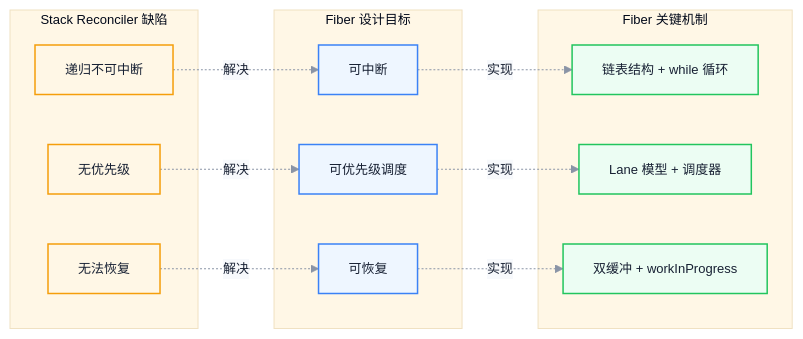
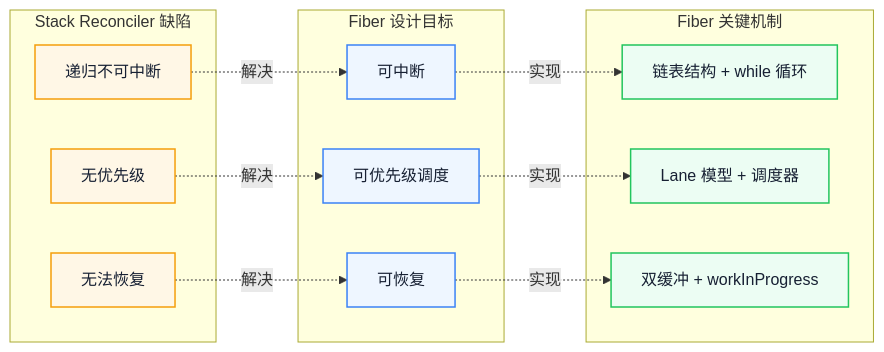
Before and after one commit to Fatejian/frontier-vault: the first of 7 diagrams in docs/frameworks/react-fiber.md, drawn with Mermaid. The commit also changed other lines of this file and 41 other files, not shown here.

````diff
--- a/docs/frameworks/react-fiber.md
+++ b/docs/frameworks/react-fiber.md
@@ -127,33 +103,32 @@
 ```mermaid
-%%{init: {'theme': 'base', 'themeVariables': { 'fontFamily': 'Inter, PingFang SC, Microsoft YaHei, sans-serif', 'primaryColor': '#EEF6FF', 'primaryTextColor': '#172033', 'primaryBorderColor': '#6EA8FE', 'lineColor': '#8A94A6', 'secondaryColor': '#F7F9FC', 'tertiaryColor': '#FFF7E6', 'fontSize': '13px'}}}%%
 flowchart LR
-    subgraph Stack[Stack Reconciler 缺陷]
-        S1[递归不可中断]
-        S2[无优先级]
-        S3[无法恢复]
+    subgraph Stack["Stack Reconciler 缺陷"]
+        S1["递归不可中断"]
+        S2["无优先级"]
+        S3["无法恢复"]
     end
 
-    subgraph Fiber[Fiber 设计目标]
-        F1[可中断]
-        F2[可优先级调度]
-        F3[可恢复]
+    subgraph Goal["Fiber 设计目标"]
+        F1["可中断"]
+        F2["可优先级调度"]
+        F3["可恢复"]
     end
 
-    subgraph Impl[Fiber 关键机制]
-        I1[链表结构 + while 循环]
-        I2[Lane 模型 + 调度器]
-        I3[双缓冲 + workInProgress]
+    subgraph Impl["Fiber 关键机制"]
+        I1["链表结构 + while 循环"]
+        I2["Lane 模型 + 调度器"]
+        I3["双缓冲 + workInProgress"]
     end
 
     S1 -.解决.-> F1 -.实现.-> I1
     S2 -.解决.-> F2 -.实现.-> I2
     S3 -.解决.-> F3 -.实现.-> I3
 
-    classDef defect fill:#FFF7E6,stroke:#F59E0B,color:#172033,stroke-width:1.5px;
-    classDef goal fill:#EEF6FF,stroke:#3B82F6,color:#172033,stroke-width:1.5px;
-    classDef impl fill:#ECFDF3,stroke:#22C55E,color:#172033,stroke-width:1.5px;
+    classDef block fill:#FFF7E6,stroke:#F59E0B,color:#172033,stroke-width:1.5px;
+    classDef wait fill:#EEF6FF,stroke:#3B82F6,color:#172033,stroke-width:1.5px;
+    classDef work fill:#ECFDF3,stroke:#22C55E,color:#172033,stroke-width:1.5px;
 
-    class S1,S2,S3 defect;
-    class F1,F2,F3 goal;
-    class I1,I2,I3 impl;
+    class S1,S2,S3 block;
+    class F1,F2,F3 wait;
+    class I1,I2,I3 work;
 ```
````
